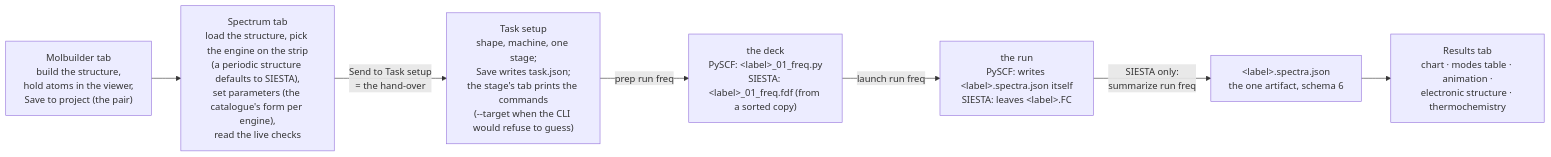
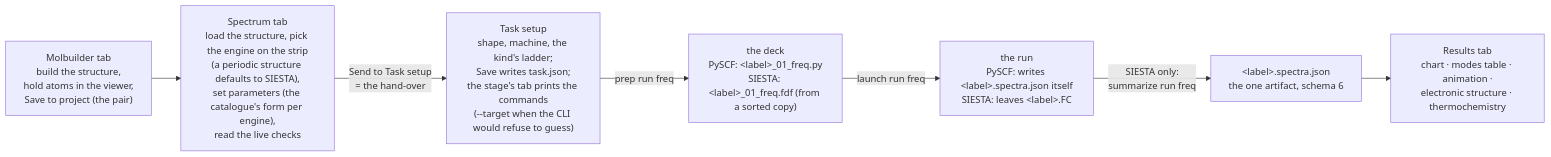
The first of 2 diagrams in docs/engines/vibration.md (Qing-LAB/molbuilder), drawn with Mermaid before and after one commit. The commit also changed other lines of this file and 20 other files, not shown here.

````diff
--- a/docs/engines/vibration.md
+++ b/docs/engines/vibration.md
@@ -184,9 +184,9 @@
 ```mermaid
 flowchart LR
   M["Molbuilder tab<br/>build the structure,<br/>hold atoms in the viewer,<br/>Save to project (the pair)"] --> S["Spectrum tab<br/>load the structure, pick the engine on the strip<br/>(a periodic structure defaults to SIESTA),<br/>set parameters (the catalogue's form per engine),<br/>read the live checks"]
-  S -->|"Send to Task setup<br/>= the hand-over"| T["Task setup<br/>shape, machine, one stage;<br/>Save writes task.json;<br/>the stage's tab prints the commands<br/>(--target when the CLI would refuse to guess)"]
+  S -->|"Send to Task setup<br/>= the hand-over"| T["Task setup<br/>shape, machine, the kind's ladder;<br/>Save writes task.json;<br/>the stage's tab prints the commands<br/>(--target when the CLI would refuse to guess)"]
   T -->|"prep run freq"| P["the deck<br/>PySCF: &lt;label&gt;_01_freq.py<br/>SIESTA: &lt;label&gt;_01_freq.fdf (from a sorted copy)"]
   P -->|"launch run freq"| R["the run<br/>PySCF: writes &lt;label&gt;.spectra.json itself<br/>SIESTA: leaves &lt;label&gt;.FC"]
   R -->|"SIESTA only:<br/>summarize run freq"| A["&lt;label&gt;.spectra.json<br/>the one artifact, schema 6"]
   A --> V["Results tab<br/>chart · modes table · animation ·<br/>electronic structure · thermochemistry"]
 ```
````
